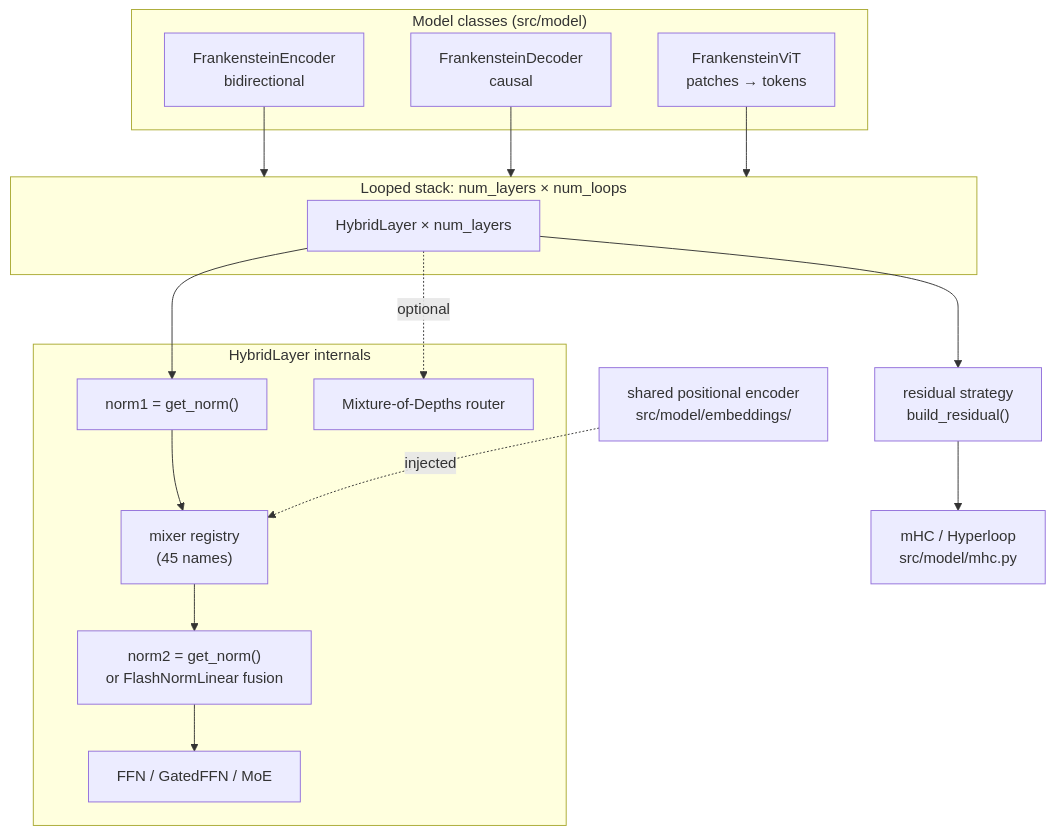
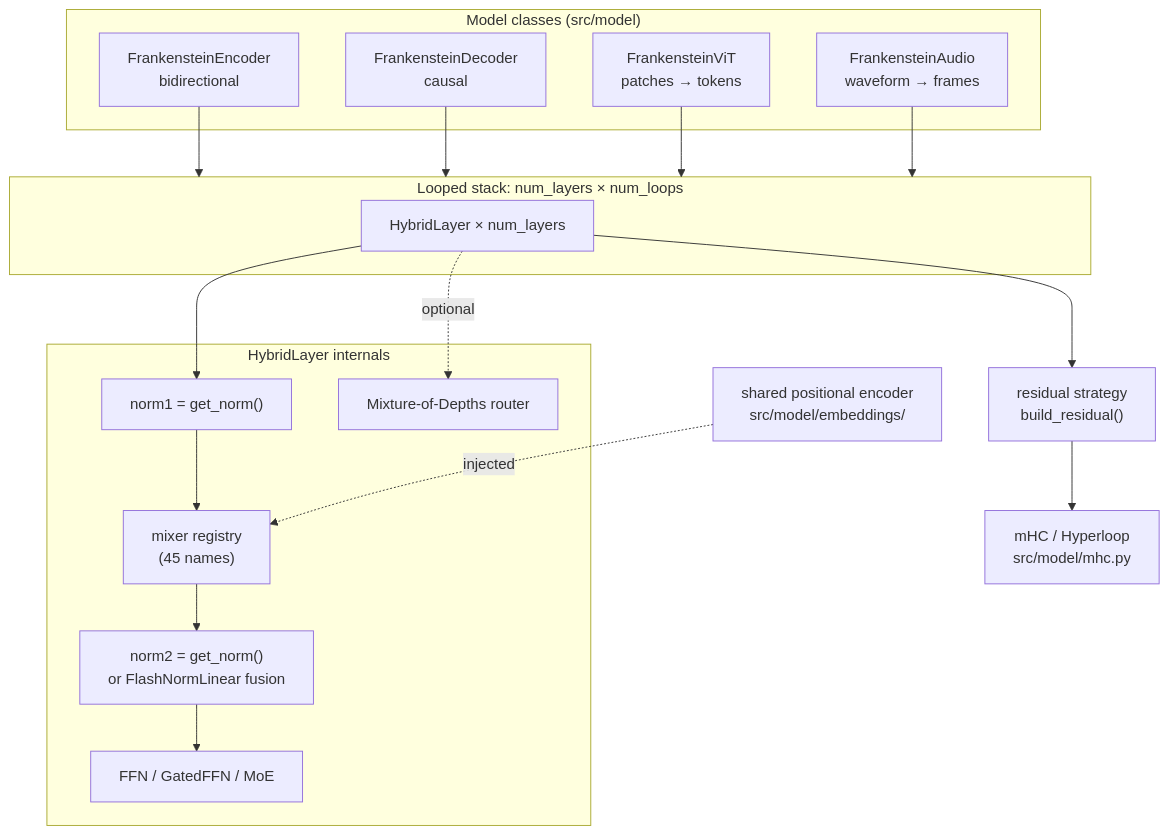
Before and after one commit to erickfmm/frankenstein-transformer: the third of 5 diagrams in docs/architecture.md, drawn with Mermaid. The commit also changed other lines of this file and 27 other files, not shown here.

````diff
--- a/docs/architecture.md
+++ b/docs/architecture.md
@@ -170,30 +172,32 @@
 ```mermaid
 flowchart TD
     subgraph MODELS["Model classes (src/model)"]
       ENC["FrankensteinEncoder<br/>bidirectional"]
       DEC["FrankensteinDecoder<br/>causal"]
       VIT["FrankensteinViT<br/>patches → tokens"]
+      AUD["FrankensteinAudio<br/>waveform → frames"]
     end
 
     ENC --> LOOP
     DEC --> LOOP
     VIT --> LOOP
+    AUD --> LOOP
 
     subgraph LOOP["Looped stack: num_layers × num_loops"]
       HL["HybridLayer × num_layers"]
     end
 
     subgraph HYBRID["HybridLayer internals"]
       N1["norm1 = get_norm()"]
       MX["mixer registry<br/>(45 names)"]
       FF["FFN / GatedFFN / MoE"]
       N2["norm2 = get_norm()<br/>or FlashNormLinear fusion"]
       MOD["Mixture-of-Depths router"]
     end
 
     HL --> N1 --> MX --> N2 --> FF
     HL -. optional .-> MOD
     PE["shared positional encoder<br/>src/model/embeddings/"] -. injected .-> MX
     HL --> RES["residual strategy<br/>build_residual()"]
     RES --> MHC["mHC / Hyperloop<br/>src/model/mhc.py"]
 ```
````
